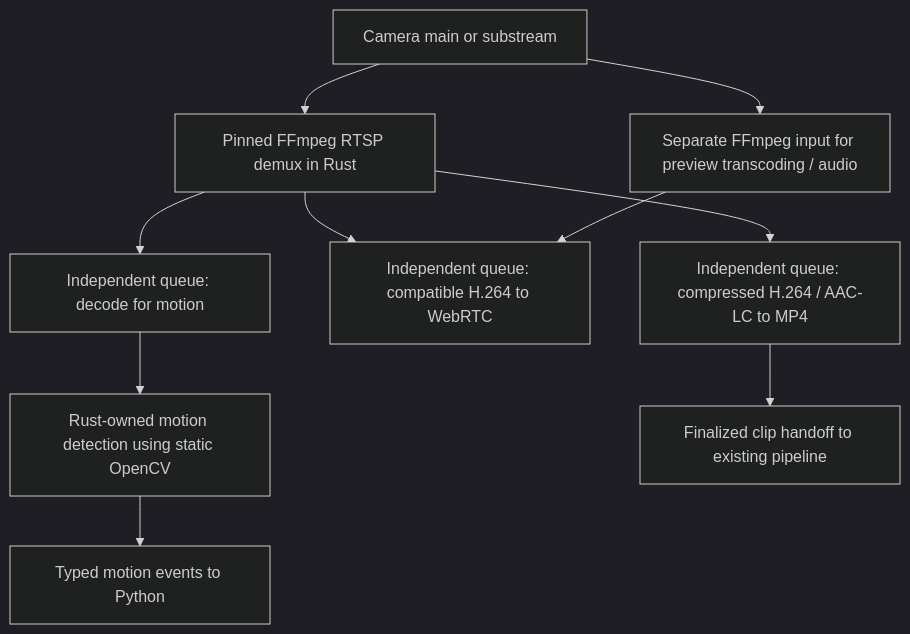
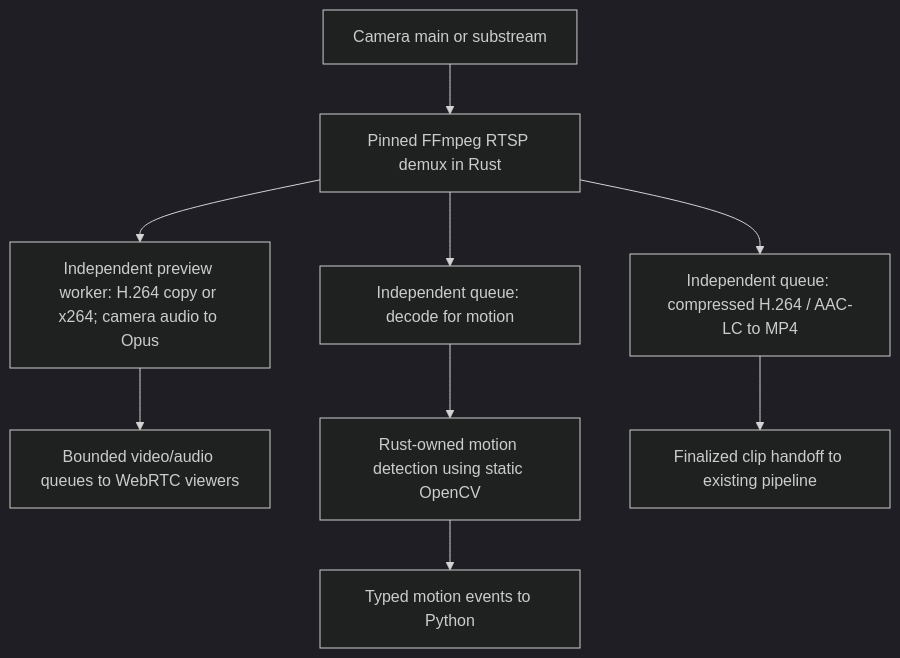
Before and after one commit to lan17/homesec: the diagram in docs/shared-rust-media.md, drawn with Mermaid (dark theme). The commit also changed other lines of this file and 21 other files, not shown here.

Commit message:
feat: share native H.264 and Opus preview with recording

````diff
--- a/docs/shared-rust-media.md
+++ b/docs/shared-rust-media.md
@@ -12,12 +12,11 @@
 ```mermaid
 flowchart TD
     C["Camera main or substream"] --> I["Pinned FFmpeg RTSP demux in Rust"]
     I --> R["Independent queue: compressed H.264 / AAC-LC to MP4"]
-    I --> W["Independent queue: compatible H.264 to WebRTC"]
+    I --> P["Independent preview worker: H.264 copy or x264; camera audio to Opus"]
+    P --> W["Bounded video/audio queues to WebRTC viewers"]
     I --> D["Independent queue: decode for motion"]
     D --> M["Rust-owned motion detection using static OpenCV"]
     M --> O["Typed motion events to Python"]
     R --> F["Finalized clip handoff to existing pipeline"]
-    C --> E["Separate FFmpeg input for preview transcoding / audio"]
-    E --> W
 ```
````
